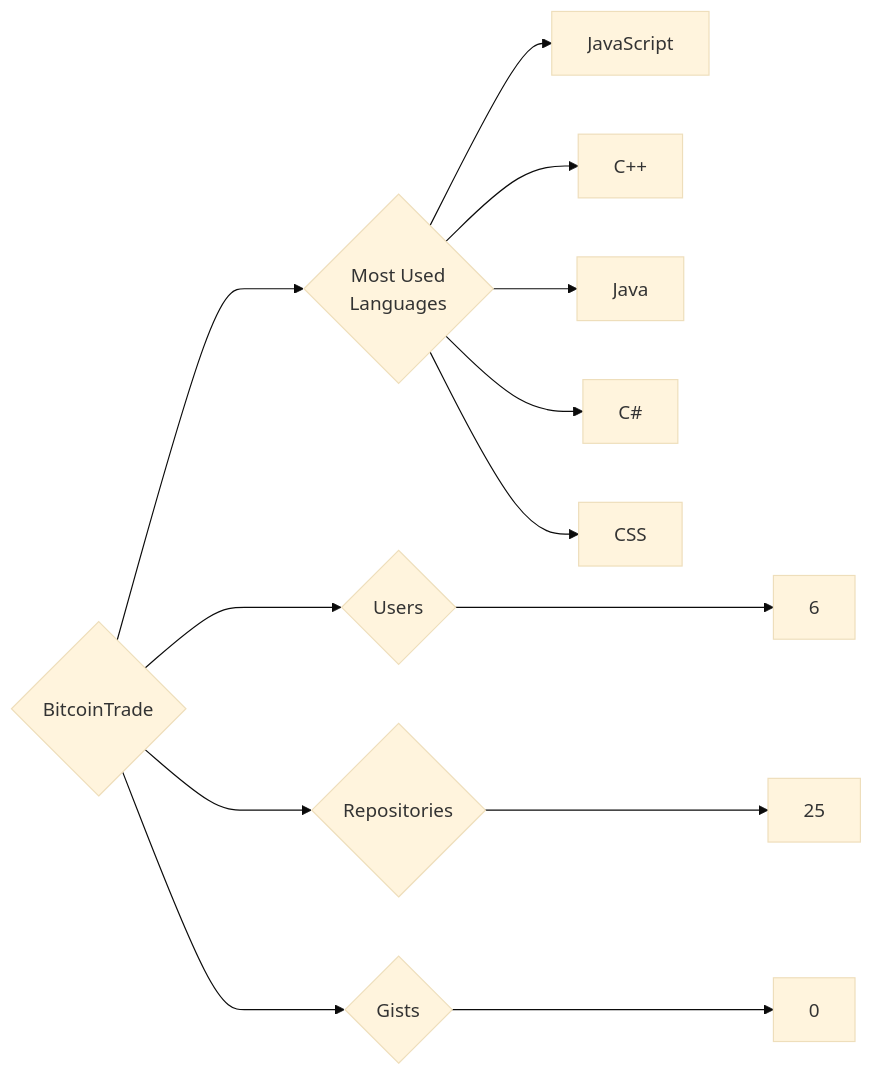
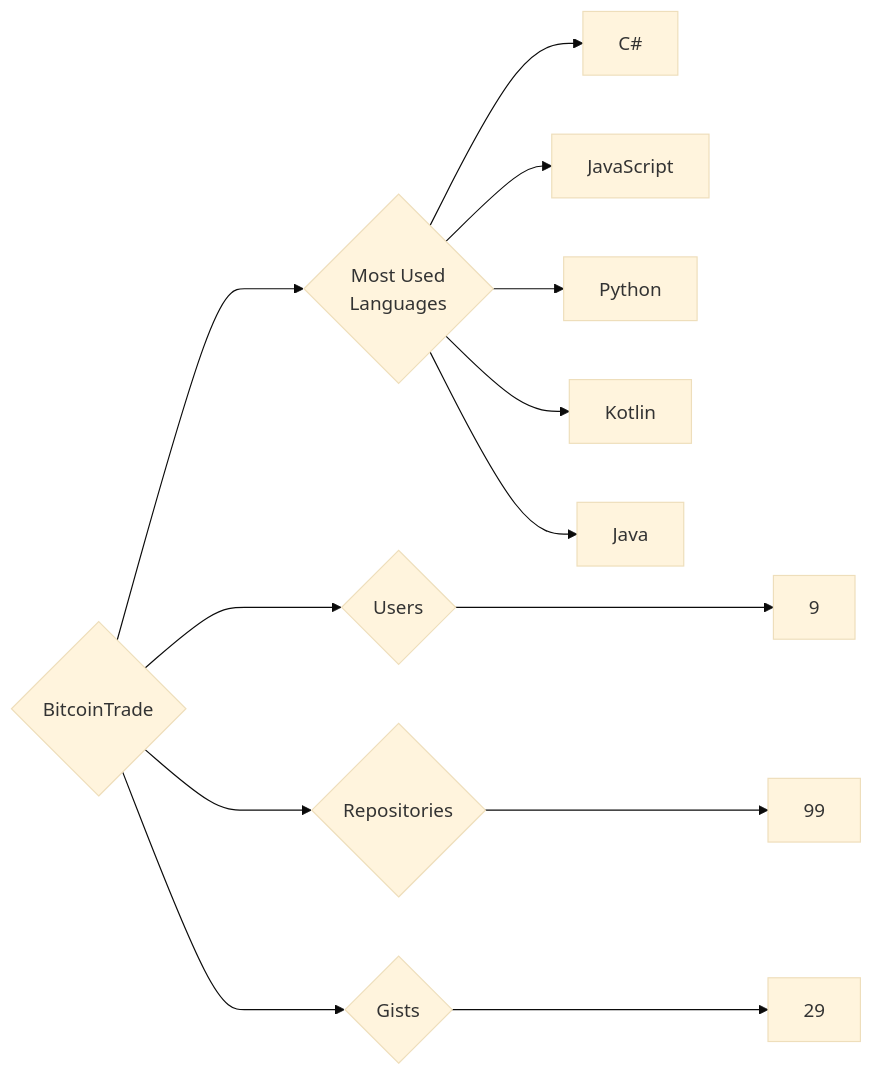
One commit to trickest/insiders changed the diagram in targets/BitcoinTrade/README.md. Above: the diagram before and after it, drawn with Mermaid (base theme). The commit also changed 1314 other files, not shown here.

````diff
--- a/targets/BitcoinTrade/README.md
+++ b/targets/BitcoinTrade/README.md
@@ -3,13 +3,13 @@
 ```mermaid
 graph LR
 COMPANY_NAME{BitcoinTrade}
-COMPANY_NAME ---> U{Users} ---> UN[6]
-COMPANY_NAME ---> R{Repositories} ---> RN[25]
-COMPANY_NAME ---> G{Gists} ---> GN[0]
+COMPANY_NAME ---> U{Users} ---> UN[9]
+COMPANY_NAME ---> R{Repositories} ---> RN[99]
+COMPANY_NAME ---> G{Gists} ---> GN[29]
 COMPANY_NAME ---> ML{Most Used<br>Languages}
+ML --> C#[C#]
 ML --> JavaScript[JavaScript]
-ML --> C++[C++]
+ML --> Python[Python]
+ML --> Kotlin[Kotlin]
 ML --> Java[Java]
-ML --> C#[C#]
-ML --> CSS[CSS]
 ```
````
